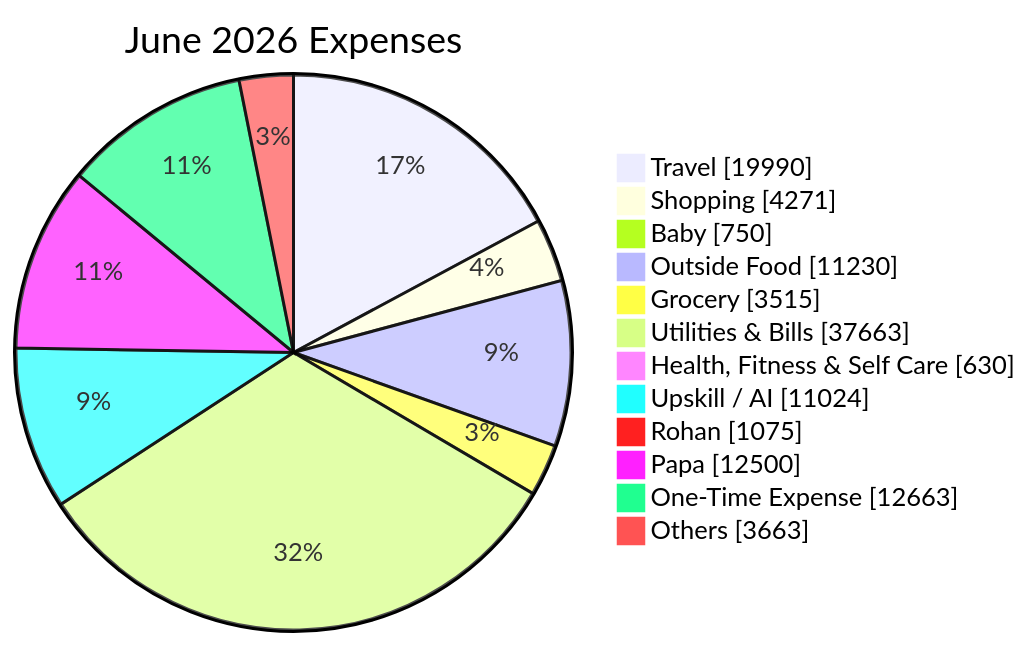
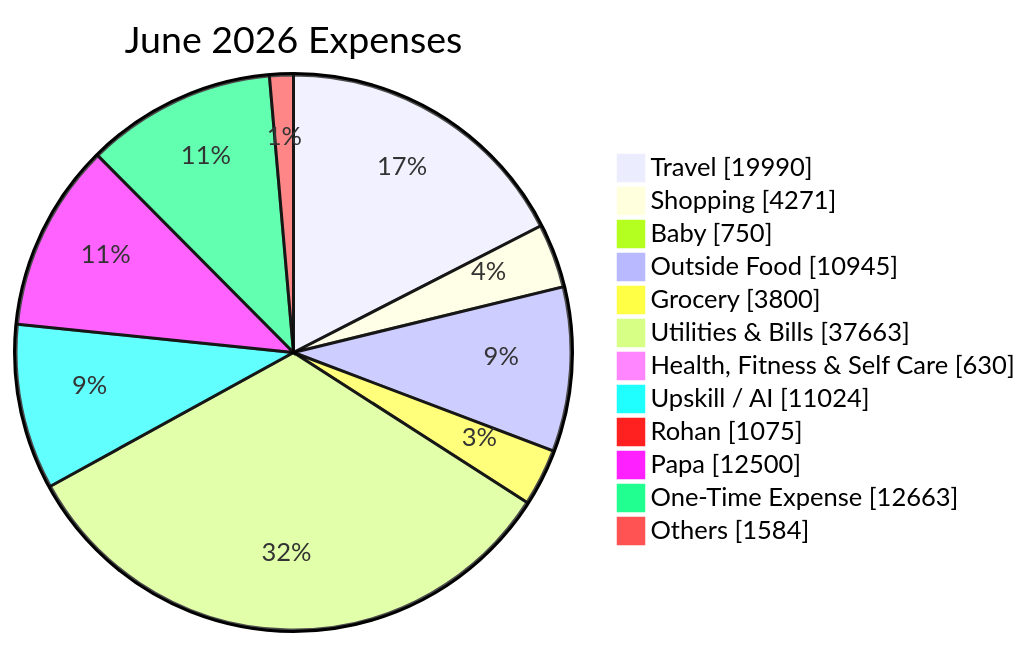
Before and after one commit to sachin-hg/expense-reporter: the second of 2 diagrams in reports/2026-06.md, drawn with Mermaid. The commit also changed other lines of this file and 11 other files, not shown here.

First line of the commit message:
Exclude investments from main trend chart; add separate investments bar chart

````diff
--- a/reports/2026-06.md
+++ b/reports/2026-06.md
@@ -50,16 +50,16 @@
 ```mermaid
 pie showData
     title June 2026 Expenses
     "Travel" : 19990
     "Shopping" : 4271
     "Baby" : 750
-    "Outside Food" : 11230
-    "Grocery" : 3515
+    "Outside Food" : 10945
+    "Grocery" : 3800
     "Utilities & Bills" : 37663
     "Health, Fitness & Self Care" : 630
     "Upskill / AI" : 11024
     "Rohan" : 1075
     "Papa" : 12500
     "One-Time Expense" : 12663
-    "Others" : 3663
+    "Others" : 1584
 ```
````
